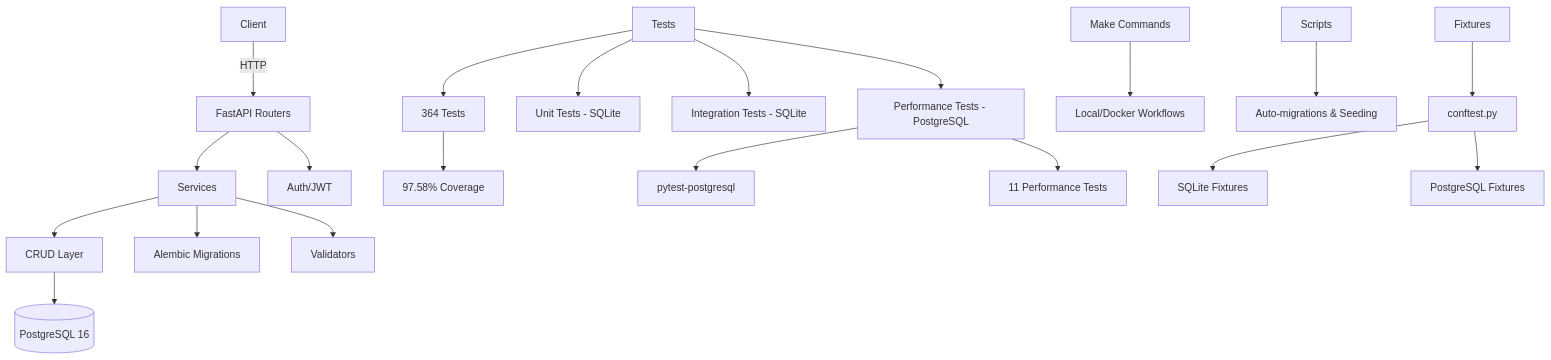
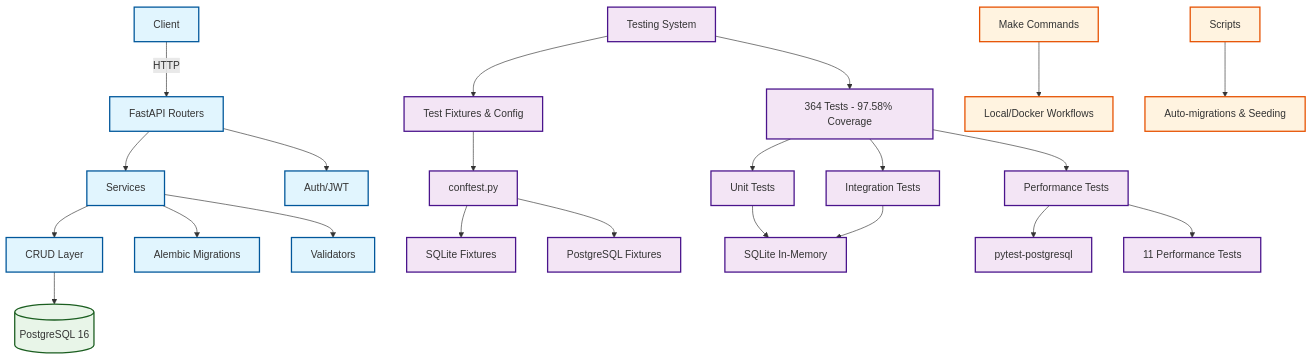
The diagram in README.md (AndreyZherdetskiy/balance-hub), drawn with Mermaid before and after one commit.

Commit message:
Update mermaid

````diff
--- a/README.md
+++ b/README.md
@@ -58,22 +58,44 @@
 ```mermaid
 flowchart TD
+  %% Основной поток приложения
   A[Client] -->|HTTP| B[FastAPI Routers]
   B --> C[Services]
   C --> D[CRUD Layer]
   D --> E[(PostgreSQL 16)]
   B --> F[Auth/JWT]
   C --> G[Alembic Migrations]
   C --> H[Validators]
-  I[Tests] --> J[364 Tests]
-  J --> K[97.58% Coverage]
-  I --> L[Unit Tests - SQLite]
-  I --> M[Integration Tests - SQLite]
-  I --> N[Performance Tests - PostgreSQL]
-  N --> O[pytest-postgresql]
-  N --> P[11 Performance Tests]
-  Q[Make Commands] --> R[Local/Docker Workflows]
-  S[Scripts] --> T[Auto-migrations & Seeding]
-  U[Fixtures] --> V[conftest.py]
-  V --> W[SQLite Fixtures]
-  V --> X[PostgreSQL Fixtures]
+
+  %% Система тестирования
+  I[Testing System] --> J[364 Tests - 97.58% Coverage]
+  I --> K[Test Fixtures & Config]
+  K --> L[conftest.py]
+  L --> M[SQLite Fixtures]
+  L --> N[PostgreSQL Fixtures]
+
+  %% Типы тестов
+  J --> O[Unit Tests]
+  J --> P[Integration Tests]
+  J --> Q[Performance Tests]
+
+  %% Технологии тестирования
+  O --> R[SQLite In-Memory]
+  P --> R
+  Q --> S[pytest-postgresql]
+  Q --> T[11 Performance Tests]
+
+  %% Автоматизация и инструменты
+  U[Make Commands] --> V[Local/Docker Workflows]
+  W[Scripts] --> X[Auto-migrations & Seeding]
+
+  %% Стили
+  classDef app fill:#e1f5fe,stroke:#01579b,stroke-width:2px
+  classDef test fill:#f3e5f5,stroke:#4a148c,stroke-width:2px
+  classDef db fill:#e8f5e8,stroke:#1b5e20,stroke-width:2px
+  classDef tool fill:#fff3e0,stroke:#e65100,stroke-width:2px
+
+  class A,B,C,D,F,G,H app
+  class I,J,K,L,M,N,O,P,Q,R,S,T test
+  class E db
+  class U,V,W,X tool
 ```
````
